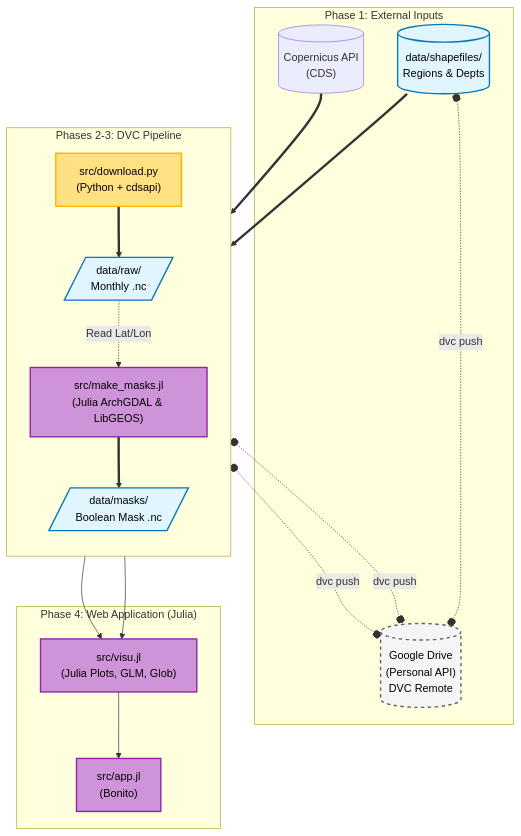
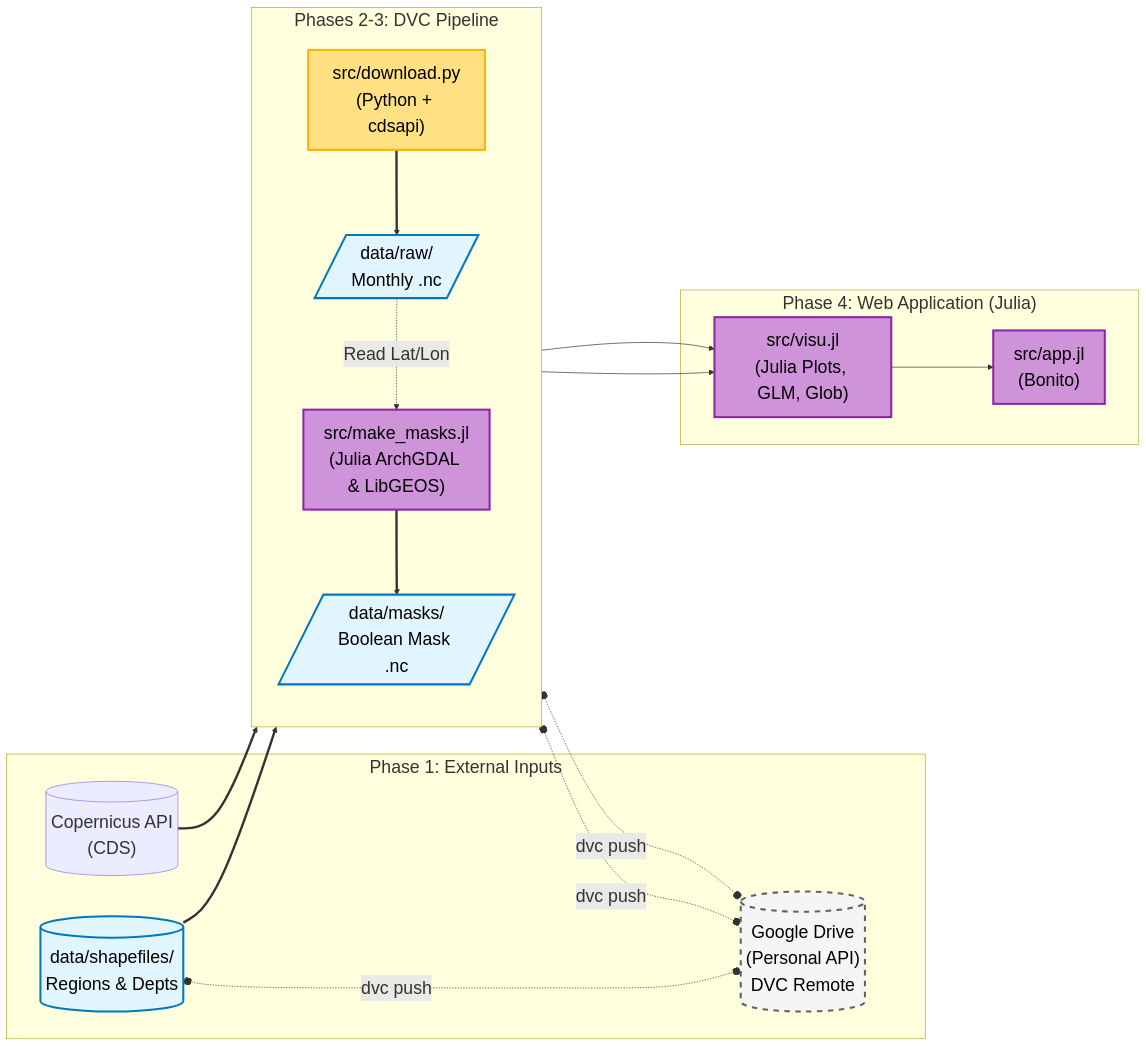
The diagram in Aides-Schémas-Pipelines/plan2malade.mmd (loic-mmt/Analyse_Meteo), drawn with Mermaid before and after one commit. The commit also changed 1 other file, not shown here.

Commit message:
modifs visu

```diff
--- a/Aides-Schémas-Pipelines/plan2malade.mmd
+++ b/Aides-Schémas-Pipelines/plan2malade.mmd
@@ -1,59 +1,58 @@
-graph TD
+%%{init: {'themeVariables': { 'fontSize': '26px'}, "flowchart": {"nodeSpacing": 60, "rankSpacing": 100, "useMaxWidth": false}}}%%
+graph LR
     %% --- Styles ---
-    classDef python fill:#ffe082,stroke:#ffb300,stroke-width:2px,color:black;
-    classDef julia fill:#ce93d8,stroke:#8e24aa,stroke-width:2px,color:black;
-    classDef data fill:#e1f5fe,stroke:#0277bd,stroke-width:2px,color:black;
-    classDef dvc fill:#f5f5f5,stroke:#616161,stroke-width:2px,stroke-dasharray: 5 5,color:black;
+    classDef python fill:#ffe082,stroke:#ffb300,stroke-width:3px,color:black;
+    classDef julia fill:#ce93d8,stroke:#8e24aa,stroke-width:3px,color:black;
+    classDef data fill:#e1f5fe,stroke:#0277bd,stroke-width:3px,color:black;
+    classDef dvc fill:#f5f5f5,stroke:#616161,stroke-width:3px,stroke-dasharray: 8 8,color:black;
 
     %% --- External Resources ---
     subgraph External_Resources ["Phase 1: External Inputs"]
         API[("Copernicus API<br>(CDS)")]
         Shapefiles[("data/shapefiles/<br>Regions & Depts")]:::data
         
         %% DVC Remote with Personal API
         GDrive[("Google Drive<br>(Personal API)<br>DVC Remote")]:::dvc
     end
 
     %% --- DVC Pipeline (The Core) ---
     subgraph DVC_Orchestrator ["Phases 2-3: DVC Pipeline"]
         direction TB
         
         %% Step 1: Download
         Py_DL["src/download.py<br>(Python + cdsapi)"]:::python
         Raw_Data[/"data/raw/<br>Monthly .nc"/]:::data
         
         %% Step 2: Masks (Julia)
         Jl_Mask["src/make_masks.jl<br>(Julia ArchGDAL & LibGEOS)"]:::julia
         Mask_Data[/"data/masks/<br>Boolean Mask .nc"/]:::data
-
-        %% Step 3: Static Visualization (Julia)
-
     end
 
     %% --- Final Product (Bonito) ---
     subgraph App_Layer ["Phase 4: Web Application (Julia)"]
+        Jl_Visu["src/visu.jl<br>(Julia Plots, GLM, Glob)"]:::julia
         Jl_App["src/app.jl<br>(Bonito)"]:::julia
-        Jl_Visu["src/visu.jl<br>(Julia Plots, GLM, Glob)"]:::julia
     end
+    
     %% --- Connections ---
     
     %% Data Flow
     API ==> Py_DL
     Py_DL ==> Raw_Data
     
     %% Geometry
     Shapefiles ==> Jl_Mask
     Raw_Data -.->|"Read Lat/Lon"| Jl_Mask
     Jl_Mask ==> Mask_Data
 
     %% Static Viz Flow
     Raw_Data --> Jl_Visu
     Mask_Data --> Jl_Visu
     
     %% Web App Flow
     Jl_Visu --> Jl_App
 
     %% DVC Sync (Personal API)
     Raw_Data o-.-o|"dvc push"| GDrive
     Mask_Data o-.-o|"dvc push"| GDrive
     Shapefiles o-.-o|"dvc push"| GDrive
```
